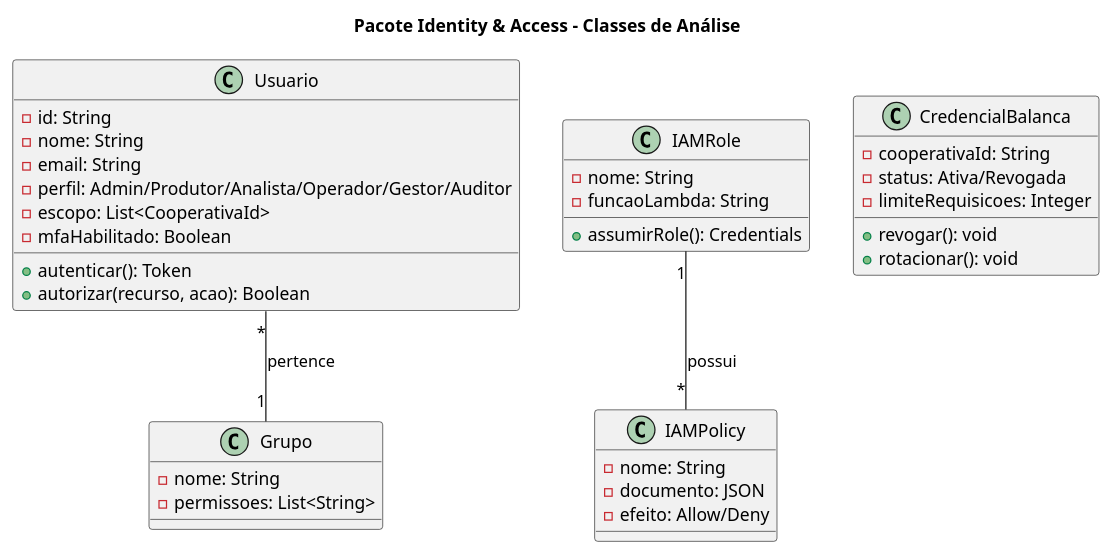
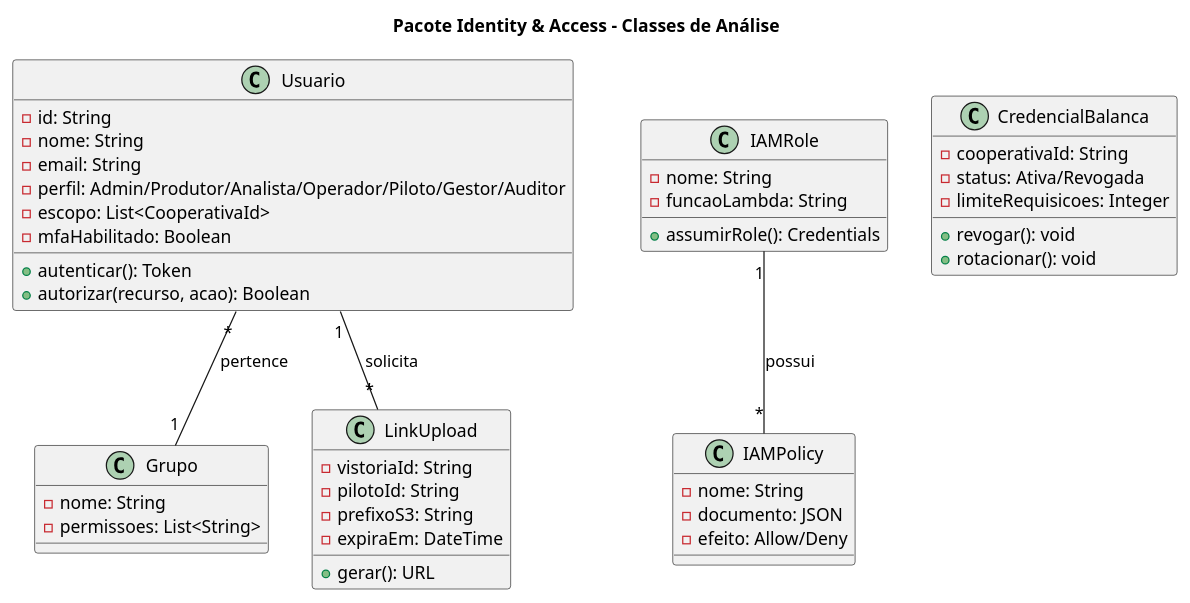
The second of 6 diagrams in docs/Elaboracao/modelo_analise_seguranca.md (Projetos-de-Extensao/PC_ADS_26.2_8001_II), drawn with PlantUML before and after one commit. The commit also changed other lines of this file and 7 other files, not shown here.

````diff
--- a/docs/Elaboracao/modelo_analise_seguranca.md
+++ b/docs/Elaboracao/modelo_analise_seguranca.md
@@ -162,44 +166,53 @@
 ```plantuml
 @startuml IdentityAccess_Classes
 title Pacote Identity & Access - Classes de Análise
 
 class Usuario {
   -id: String
   -nome: String
   -email: String
-  -perfil: Admin/Produtor/Analista/Operador/Gestor/Auditor
+  -perfil: Admin/Produtor/Analista/Operador/Piloto/Gestor/Auditor
   -escopo: List<CooperativaId>
   -mfaHabilitado: Boolean
   +autenticar(): Token
   +autorizar(recurso, acao): Boolean
 }
 
 class Grupo {
   -nome: String
   -permissoes: List<String>
 }
 
 class IAMRole {
   -nome: String
   -funcaoLambda: String
   +assumirRole(): Credentials
 }
 
 class IAMPolicy {
   -nome: String
   -documento: JSON
   -efeito: Allow/Deny
 }
 
 class CredencialBalanca {
   -cooperativaId: String
   -status: Ativa/Revogada
   -limiteRequisicoes: Integer
   +revogar(): void
   +rotacionar(): void
 }
 
+class LinkUpload {
+  -vistoriaId: String
+  -pilotoId: String
+  -prefixoS3: String
+  -expiraEm: DateTime
+  +gerar(): URL
+}
+
 Usuario "*" -- "1" Grupo : pertence
+Usuario "1" -- "*" LinkUpload : solicita
 IAMRole "1" -- "*" IAMPolicy : possui
 @enduml
 ```
````
